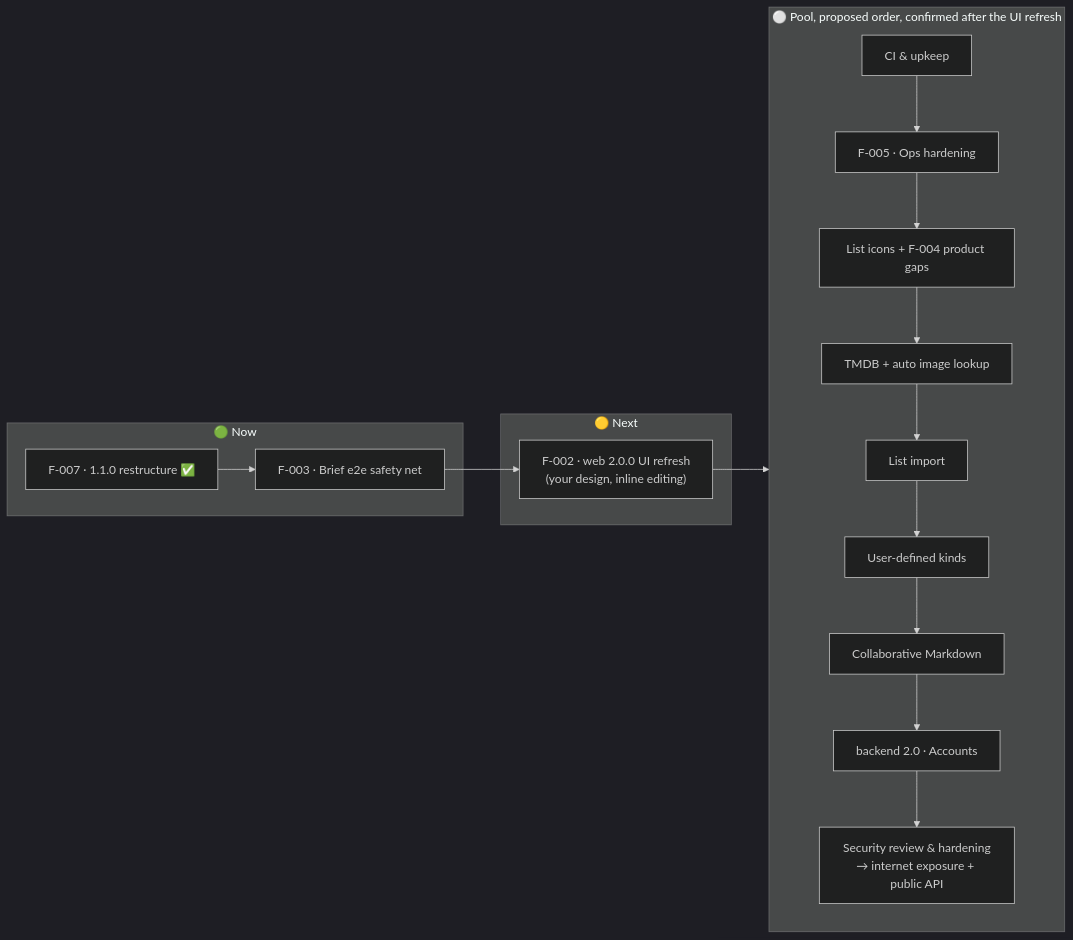
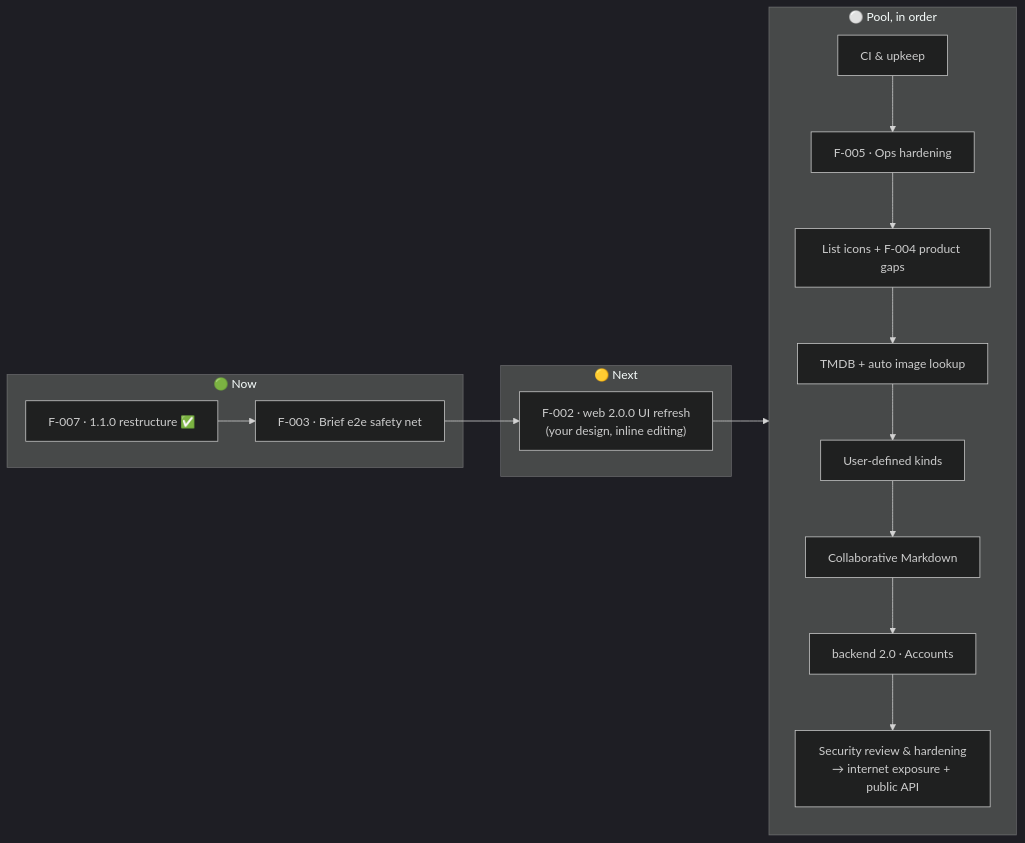
Before and after one commit to 0xfederama/collections-app: the second of 2 diagrams in ROADMAP.md, drawn with Mermaid (dark theme). The commit also changed other lines of this file, not shown here.

Commit message:
docs(roadmap): pool order set by the user, list import to Future, F-002 inputs (no edit mode)

````diff
--- a/ROADMAP.md
+++ b/ROADMAP.md
@@ -70,23 +70,22 @@
 ```mermaid
 flowchart LR
     subgraph NOW["🟢 Now"]
         F007["F-007 · 1.1.0 restructure ✅"]
         F003["F-003 · Brief e2e safety net"]
     end
     subgraph NEXT["🟡 Next"]
         F002["F-002 · web 2.0.0 UI refresh<br/>(your design, inline editing)"]
     end
-    subgraph POOL["⚪ Pool, proposed order, confirmed after the UI refresh"]
+    subgraph POOL["⚪ Pool, in order"]
         UPK["CI & upkeep"]
         F005["F-005 · Ops hardening"]
         ICO["List icons + F-004 product gaps"]
         P2["TMDB + auto image lookup"]
-        IMP["List import"]
         UDK["User-defined kinds"]
         COL["Collaborative Markdown"]
         P3["backend 2.0 · Accounts"]
         SEC["Security review & hardening<br/>→ internet exposure + public API"]
-        UPK --> F005 --> ICO --> P2 --> IMP --> UDK --> COL --> P3 --> SEC
+        UPK --> F005 --> ICO --> P2 --> UDK --> COL --> P3 --> SEC
     end
     F007 --> F003 --> F002 --> POOL
 ```
````
